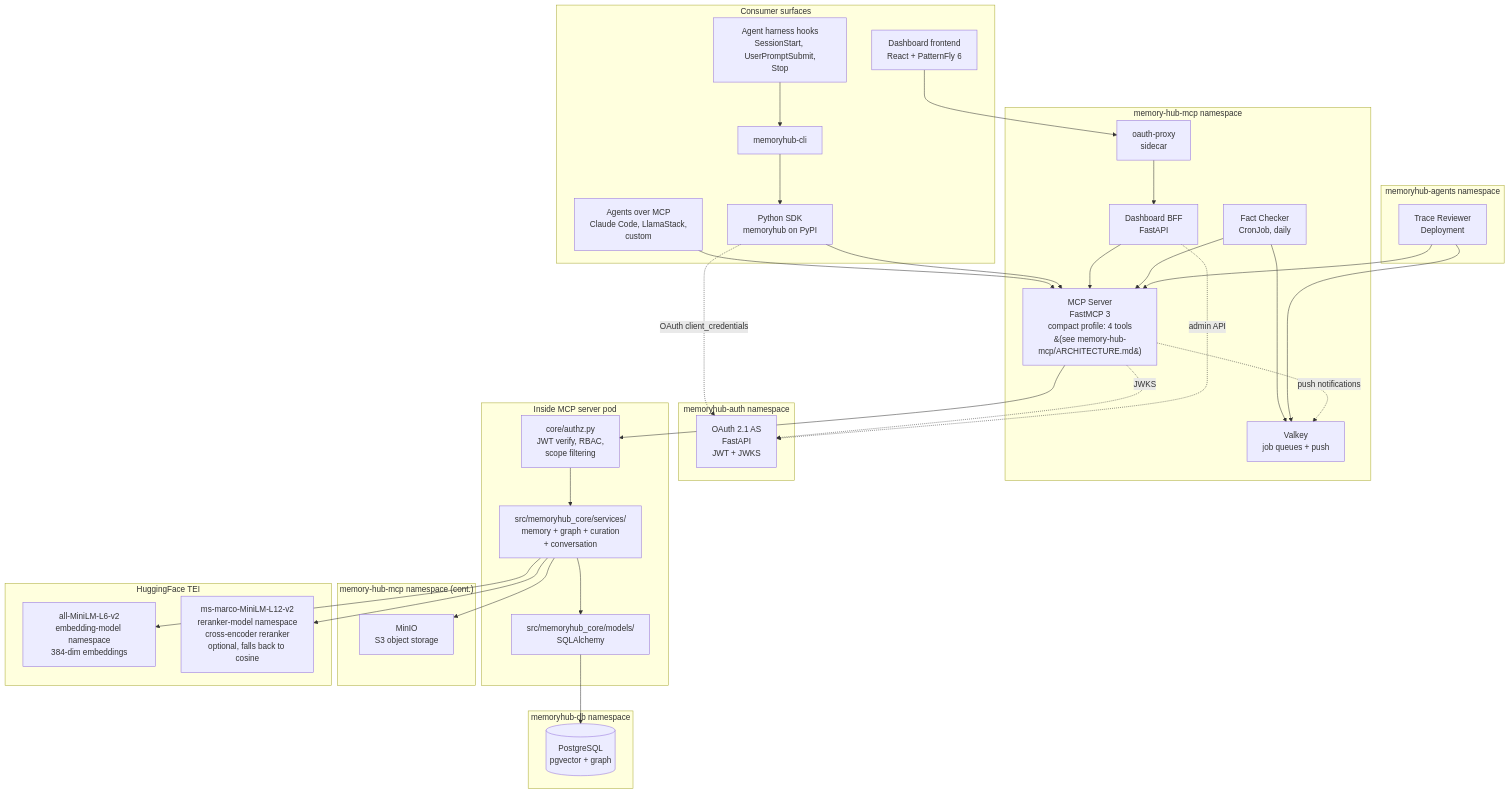
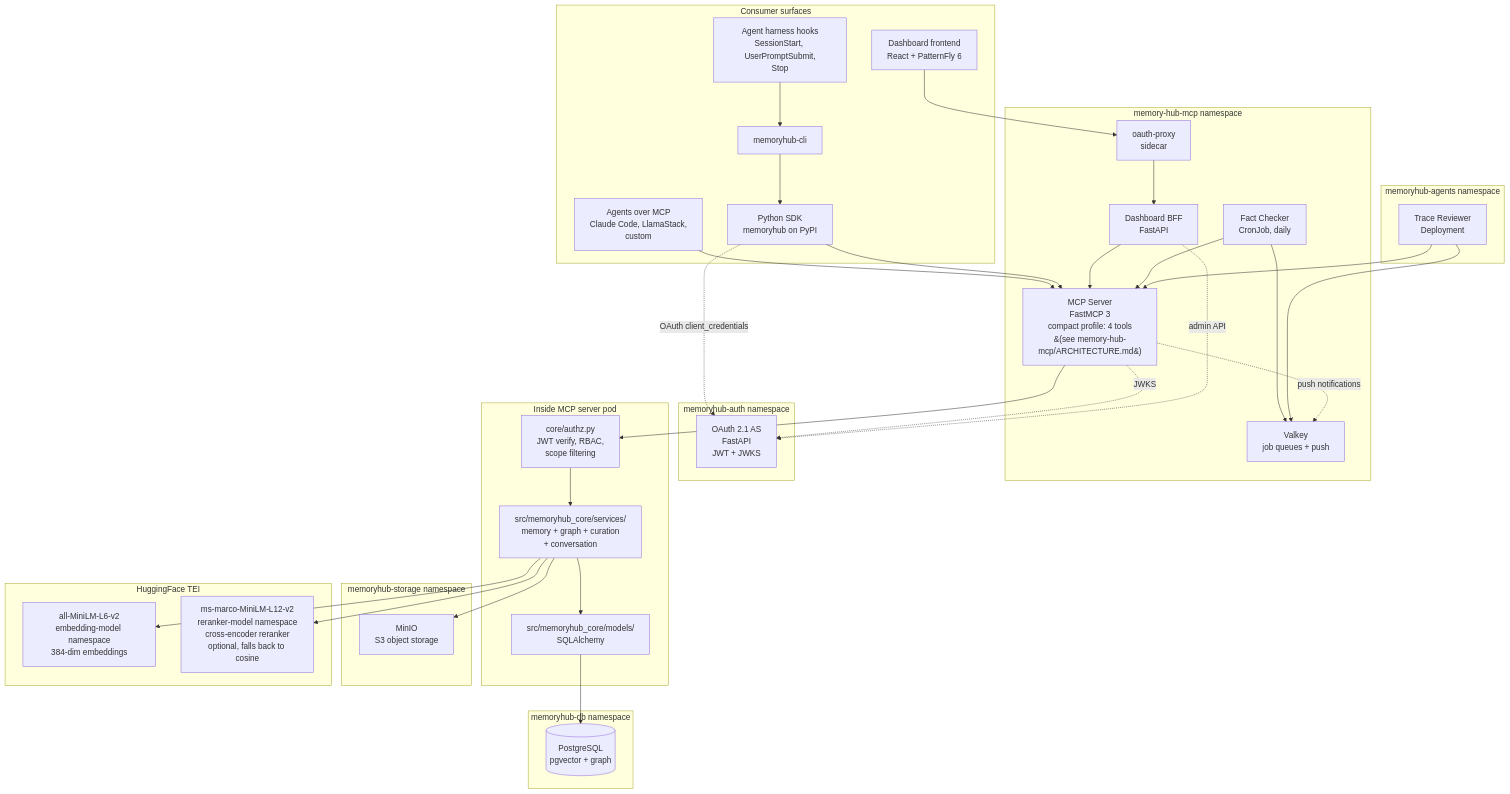
One commit to Hazey000/memory-hub changed the second of 5 diagrams in docs/ARCHITECTURE.md. Above: the diagram before and after it, drawn with Mermaid. The commit also changed other lines of this file and 14 other files, not shown here.

First line of the commit message:
infra: Move MinIO to dedicated memoryhub-storage namespace (#395) (#519)

````diff
--- a/docs/ARCHITECTURE.md
+++ b/docs/ARCHITECTURE.md
@@ -55,70 +55,70 @@
 ```mermaid
 graph TB
     subgraph "Consumer surfaces"
         AGENT[Agents over MCP<br/>Claude Code, LlamaStack,<br/>custom]
         SDK[Python SDK<br/>memoryhub on PyPI]
         CLI[memoryhub-cli]
         UI_FE[Dashboard frontend<br/>React + PatternFly 6]
         HOOKS[Agent harness hooks<br/>SessionStart, UserPromptSubmit,<br/>Stop]
     end
 
     subgraph "memory-hub-mcp namespace"
         MCP[MCP Server<br/>FastMCP 3<br/>compact profile: 4 tools<br/>&#40;see memory-hub-mcp/ARCHITECTURE.md&#41;]
         UI_BE[Dashboard BFF<br/>FastAPI]
         OAP[oauth-proxy<br/>sidecar]
         VK[Valkey<br/>job queues + push]
         FC[Fact Checker<br/>CronJob, daily]
     end
 
     subgraph "memoryhub-agents namespace"
         TR[Trace Reviewer<br/>Deployment]
     end
 
     subgraph "memoryhub-auth namespace"
         AUTH[OAuth 2.1 AS<br/>FastAPI<br/>JWT + JWKS]
     end
 
     subgraph "Inside MCP server pod"
         AUTHZ[core/authz.py<br/>JWT verify, RBAC,<br/>scope filtering]
         SVC[src/memoryhub_core/services/<br/>memory + graph + curation<br/>+ conversation]
         MOD[src/memoryhub_core/models/<br/>SQLAlchemy]
     end
 
     subgraph "memoryhub-db namespace"
         PG[(PostgreSQL<br/>pgvector + graph)]
     end
 
-    subgraph "memory-hub-mcp namespace (cont.)"
+    subgraph "memoryhub-storage namespace"
         MINIO[MinIO<br/>S3 object storage]
     end
 
     subgraph "HuggingFace TEI"
         EMB[all-MiniLM-L6-v2<br/>embedding-model namespace<br/>384-dim embeddings]
         RR[ms-marco-MiniLM-L12-v2<br/>reranker-model namespace<br/>cross-encoder reranker<br/>optional, falls back to cosine]
     end
 
     AGENT --> MCP
     SDK --> MCP
     CLI --> SDK
     HOOKS --> CLI
     UI_FE --> OAP --> UI_BE --> MCP
 
     FC --> MCP
     FC --> VK
     TR --> MCP
     TR --> VK
 
     SDK -. OAuth client_credentials .-> AUTH
     MCP -. JWKS .-> AUTH
     UI_BE -. admin API .-> AUTH
 
     MCP --> AUTHZ
     AUTHZ --> SVC
     SVC --> MOD
     MOD --> PG
     SVC --> MINIO
 
     SVC --> EMB
     SVC --> RR
     MCP -. push notifications .-> VK
 ```
````
